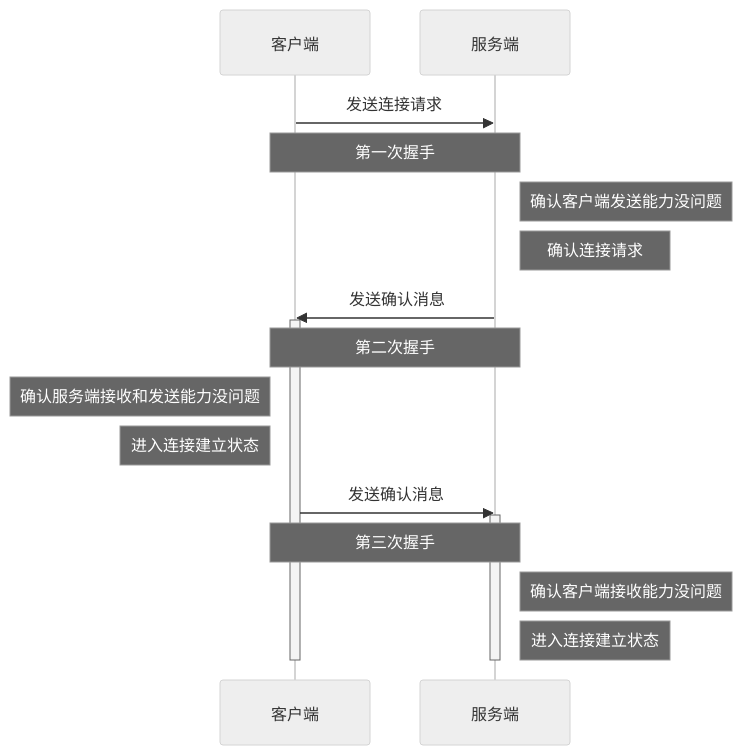
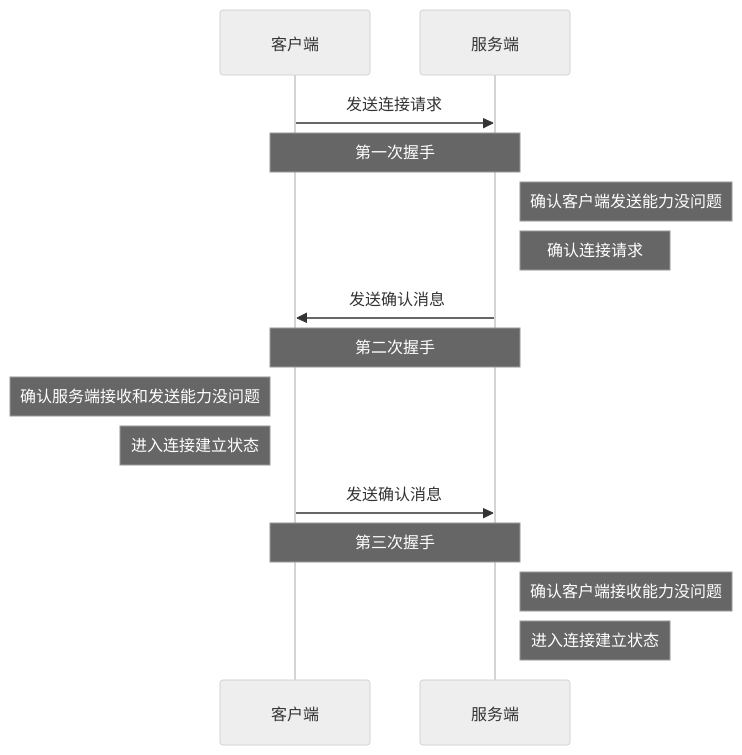
The second of 3 diagrams in content/每日一题之计算机网络.md (ReinerLau/quartz), drawn with Mermaid (neutral theme) before and after one commit. The commit also changed other lines of this file, not shown here.

````diff
--- a/content/每日一题之计算机网络.md
+++ b/content/每日一题之计算机网络.md
@@ -204,21 +204,17 @@
 ```mermaid
 sequenceDiagram
 participant C as 客户端
 participant S as 服务端
 C ->> S:发送连接请求
 Note over C,S :第一次握手
 Note right of S:确认客户端发送能力没问题
 Note right of S:确认连接请求
 S ->> C:发送确认消息
-activate C
 Note over C,S :第二次握手
 Note left of C:确认服务端接收和发送能力没问题
 Note left of C:进入连接建立状态
 C ->> S:发送确认消息
-activate S
 Note over C,S :第三次握手
 Note right of S:确认客户端接收能力没问题
 Note right of S:进入连接建立状态
-deactivate C
-deactivate S
 ```
````
